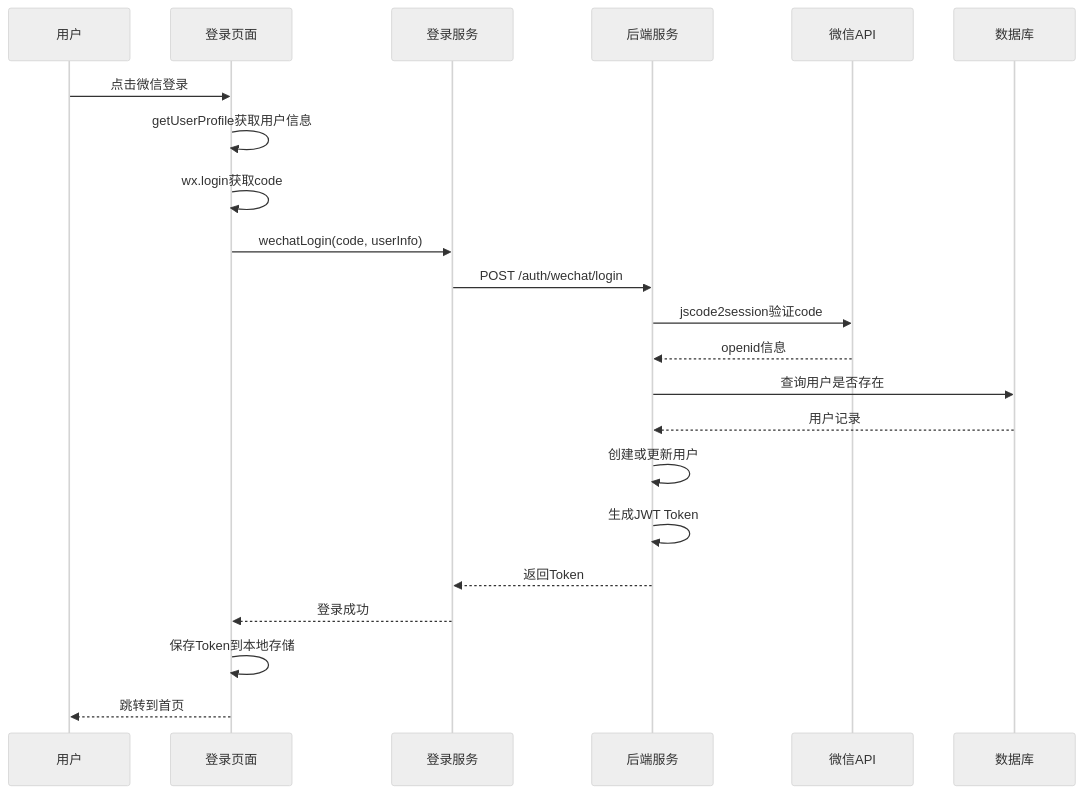
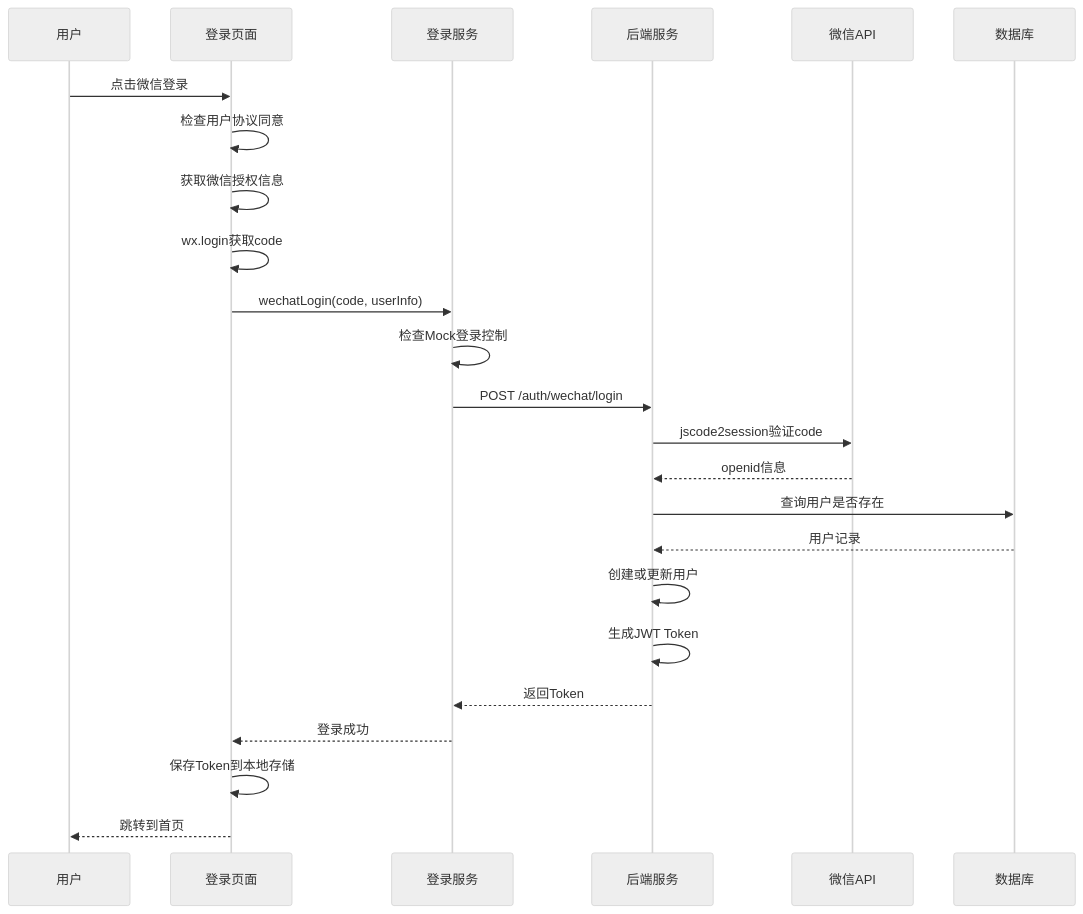
One commit to guyuefangyuanl/Over-the-counter-options changed the seventh of 12 diagrams in .qoder/repowiki/zh/content/Miniprogram Authentication Flow.md. Above: the diagram before and after it, drawn with Mermaid (neutral theme). The commit also changed other lines of this file and 29 other files, not shown here.

````diff
--- a/.qoder/repowiki/zh/content/Miniprogram Authentication Flow.md
+++ b/.qoder/repowiki/zh/content/Miniprogram Authentication Flow.md
@@ -216,24 +266,26 @@
 ```mermaid
 sequenceDiagram
 participant User as 用户
 participant Page as 登录页面
 participant Service as 登录服务
 participant Backend as 后端服务
 participant WeChat as 微信API
 participant DB as 数据库
 User->>Page : 点击微信登录
-Page->>Page : getUserProfile获取用户信息
+Page->>Page : 检查用户协议同意
+Page->>Page : 获取微信授权信息
 Page->>Page : wx.login获取code
 Page->>Service : wechatLogin(code, userInfo)
+Service->>Service : 检查Mock登录控制
 Service->>Backend : POST /auth/wechat/login
 Backend->>WeChat : jscode2session验证code
 WeChat-->>Backend : openid信息
 Backend->>DB : 查询用户是否存在
 DB-->>Backend : 用户记录
 Backend->>Backend : 创建或更新用户
 Backend->>Backend : 生成JWT Token
 Backend-->>Service : 返回Token
 Service-->>Page : 登录成功
 Page->>Page : 保存Token到本地存储
 Page-->>User : 跳转到首页
 ```
````
